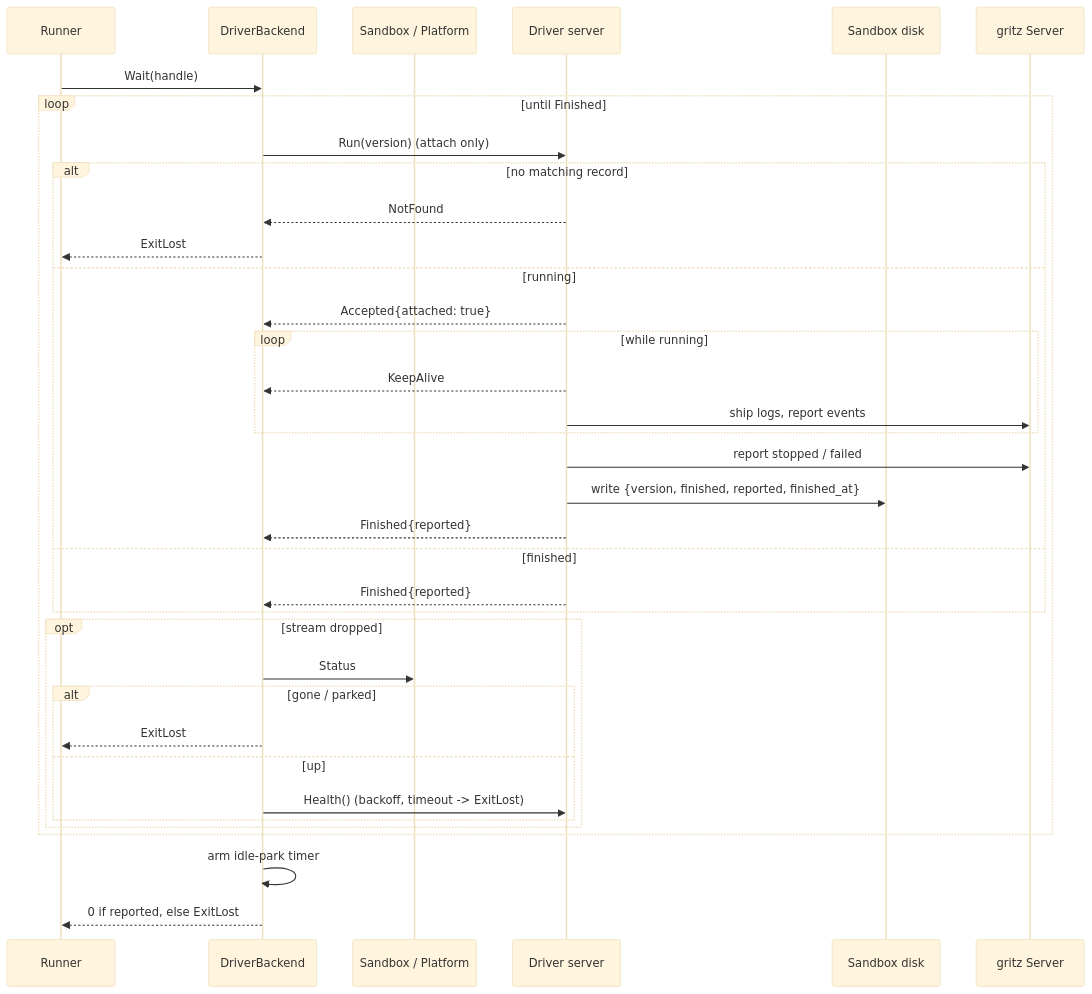
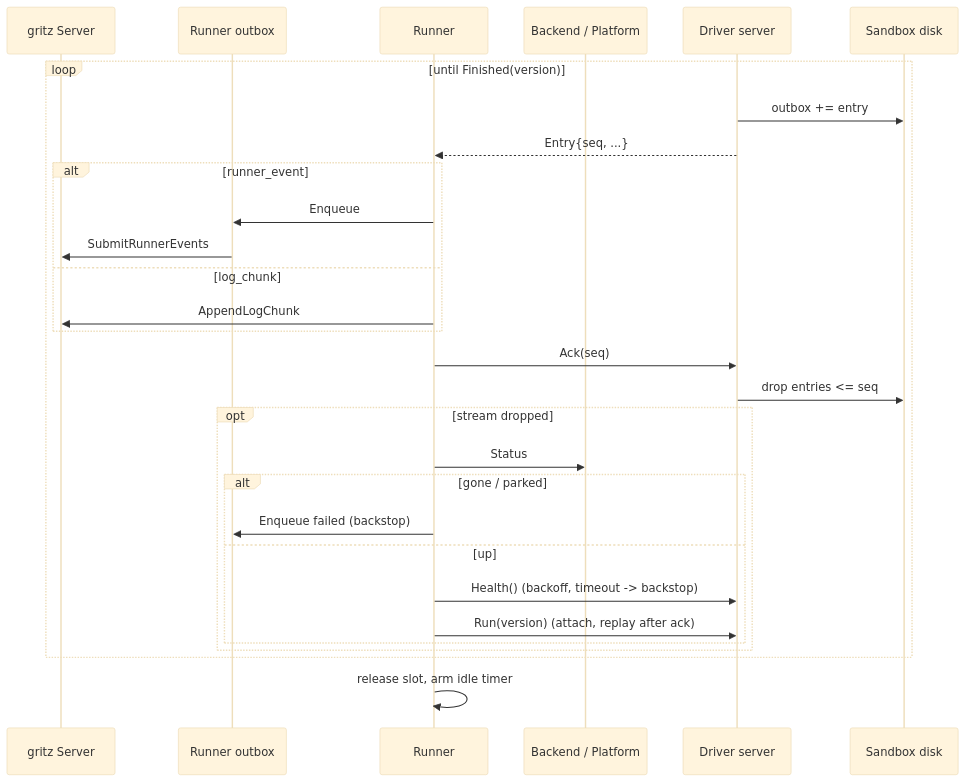
Before and after one commit to gritzapp/gritz: the third of 6 diagrams in proposals/draft/driver-server.md, drawn with Mermaid (base theme). The commit also changed other lines of this file and 4 other files, not shown here.

First line of the commit message:
docs: route driver reports through the runner in the driver server proposal

````diff
--- a/proposals/draft/driver-server.md
+++ b/proposals/draft/driver-server.md
@@ -406,39 +524,32 @@
 ```mermaid
 sequenceDiagram
+    participant S as gritz Server
+    participant O as Runner outbox
     participant R as Runner
-    participant B as DriverBackend
-    participant P as Sandbox / Platform
+    participant P as Backend / Platform
     participant D as Driver server
     participant F as Sandbox disk
-    participant S as gritz Server
 
-    R->>B: Wait(handle)
-    loop until Finished
-        B->>D: Run(version) (attach only)
-        alt no matching record
-            D-->>B: NotFound
-            B-->>R: ExitLost
-        else running
-            D-->>B: Accepted{attached: true}
-            loop while running
-                D-->>B: KeepAlive
-                D->>S: ship logs, report events
-            end
-            D->>S: report stopped / failed
-            D->>F: write {version, finished, reported, finished_at}
-            D-->>B: Finished{reported}
-        else finished
-            D-->>B: Finished{reported}
+    loop until Finished(version)
+        D->>F: outbox += entry
+        D-->>R: Entry{seq, ...}
+        alt runner_event
+            R->>O: Enqueue
+            O->>S: SubmitRunnerEvents
+        else log_chunk
+            R->>S: AppendLogChunk
         end
+        R->>D: Ack(seq)
+        D->>F: drop entries <= seq
         opt stream dropped
-            B->>P: Status
+            R->>P: Status
             alt gone / parked
-                B-->>R: ExitLost
+                R->>O: Enqueue failed (backstop)
             else up
-                B->>D: Health() (backoff, timeout -> ExitLost)
+                R->>D: Health() (backoff, timeout -> backstop)
+                R->>D: Run(version) (attach, replay after ack)
             end
         end
     end
-    B->>B: arm idle-park timer
-    B-->>R: 0 if reported, else ExitLost
+    R->>R: release slot, arm idle timer
 ```
````
